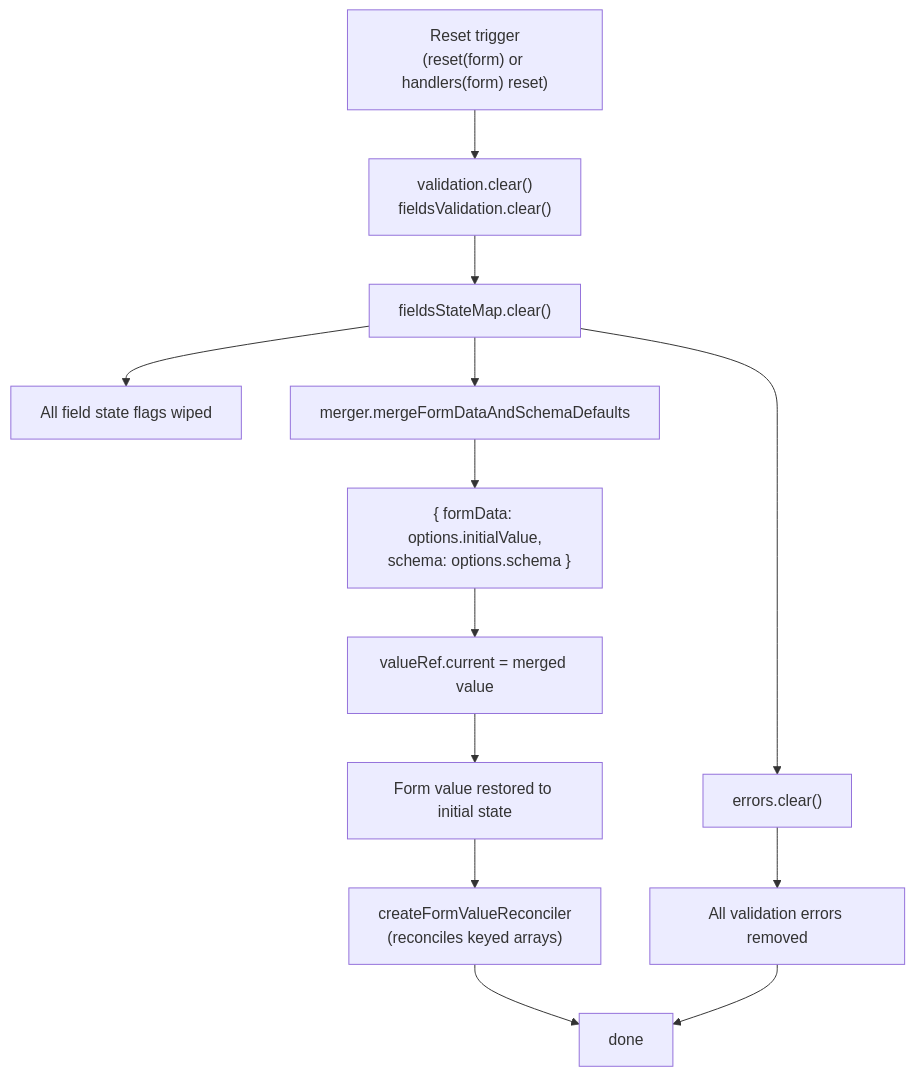
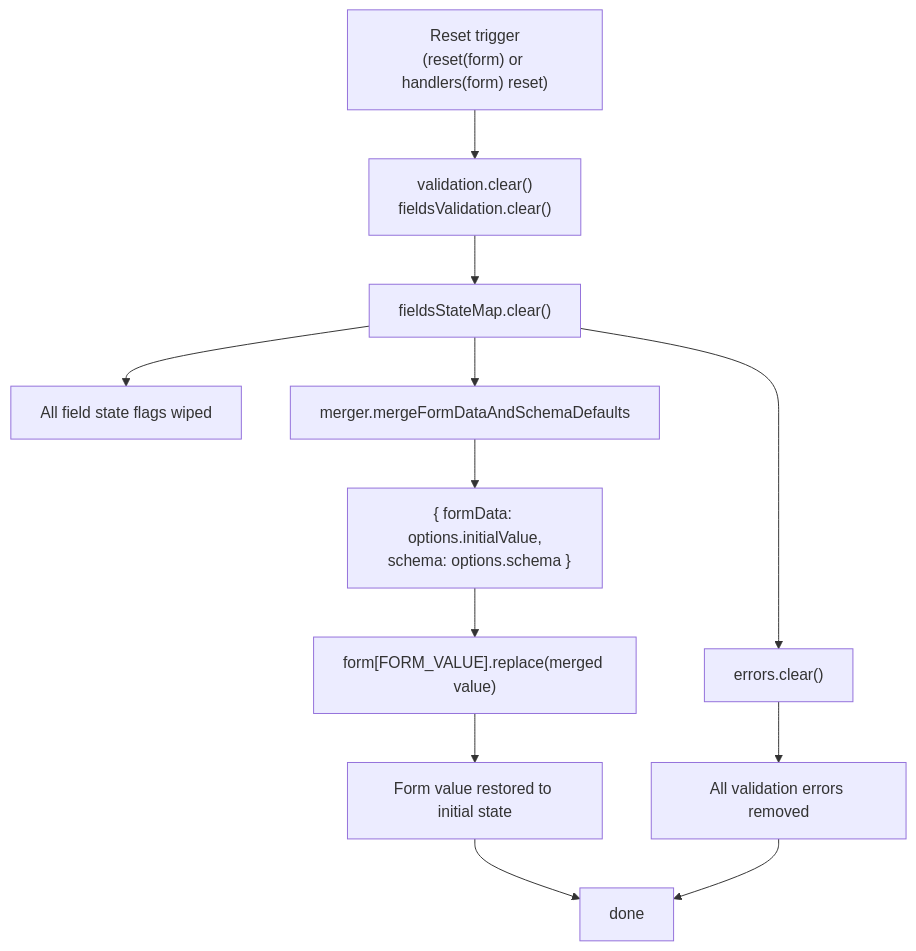
One commit to x0k/svelte-jsonschema-form changed the diagram in apps/docs2/src/content/docs/form/event-flow-reset.mmd. Above: the diagram before and after it, drawn with Mermaid. The commit also changed 6 other files, not shown here.

Commit message:
[docs] Sync form-owned value API references

```diff
--- a/apps/docs2/src/content/docs/form/event-flow-reset.mmd
+++ b/apps/docs2/src/content/docs/form/event-flow-reset.mmd
@@ -1,26 +1,24 @@
 flowchart TD
   trigger["Reset trigger\n(reset(form) or handlers(form) reset)"]
   clearTasks["validation.clear()\nfieldsValidation.clear()"]
   clearState["fieldsStateMap.clear()"]
   allFlags["All field state flags wiped"]
   clearErrors["errors.clear()"]
   allErrorsRemoved["All validation errors removed"]
   mergeDefaults["merger.mergeFormDataAndSchemaDefaults"]
   mergeArgs["{ formData: options.initialValue,\n  schema: options.schema }"]
-  setValue["valueRef.current = merged value"]
+  setValue["form[FORM_VALUE].replace(merged value)"]
   valueReset["Form value restored to initial state"]
-  reconcile["createFormValueReconciler\n(reconciles keyed arrays)"]
   done["done"]
 
   trigger --> clearTasks
   clearTasks --> clearState
   clearState --> allFlags
   clearState --> clearErrors
   clearErrors --> allErrorsRemoved
   clearState --> mergeDefaults
   mergeDefaults --> mergeArgs
   mergeArgs --> setValue
   setValue --> valueReset
-  valueReset --> reconcile
-  reconcile --> done
+  valueReset --> done
   allErrorsRemoved --> done
```
